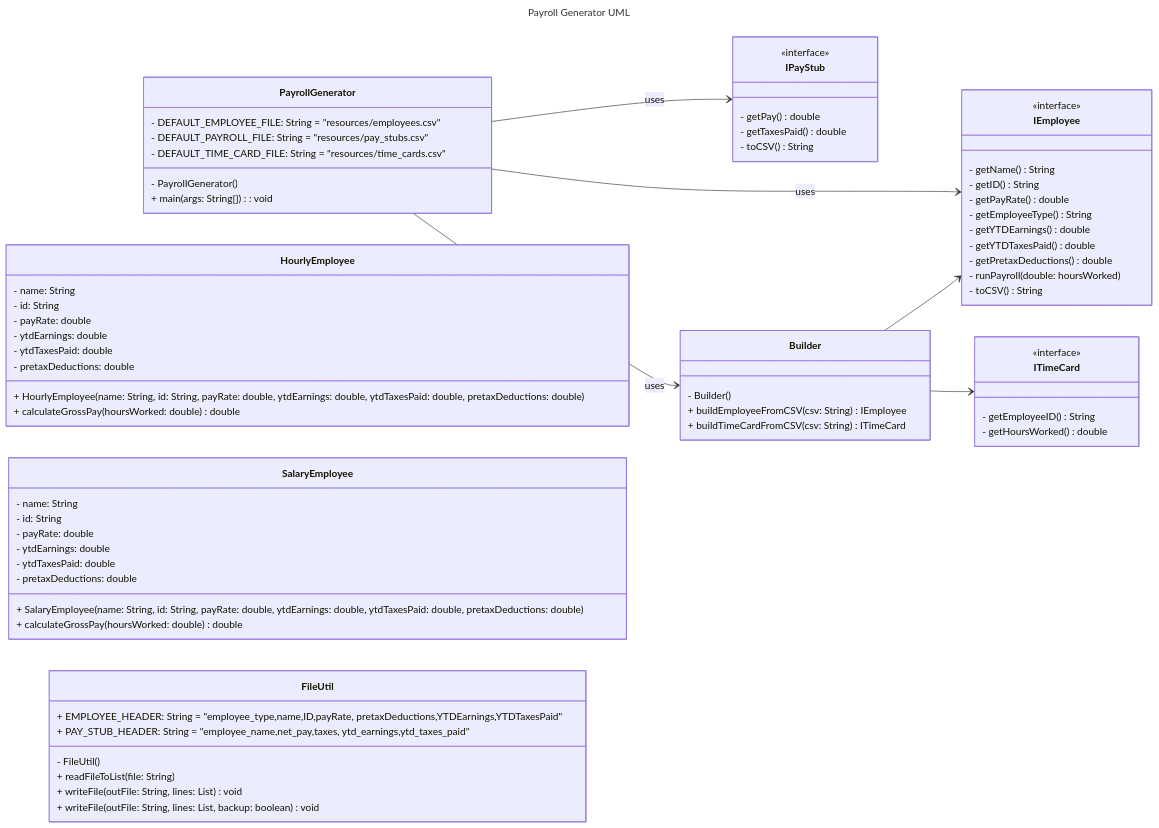
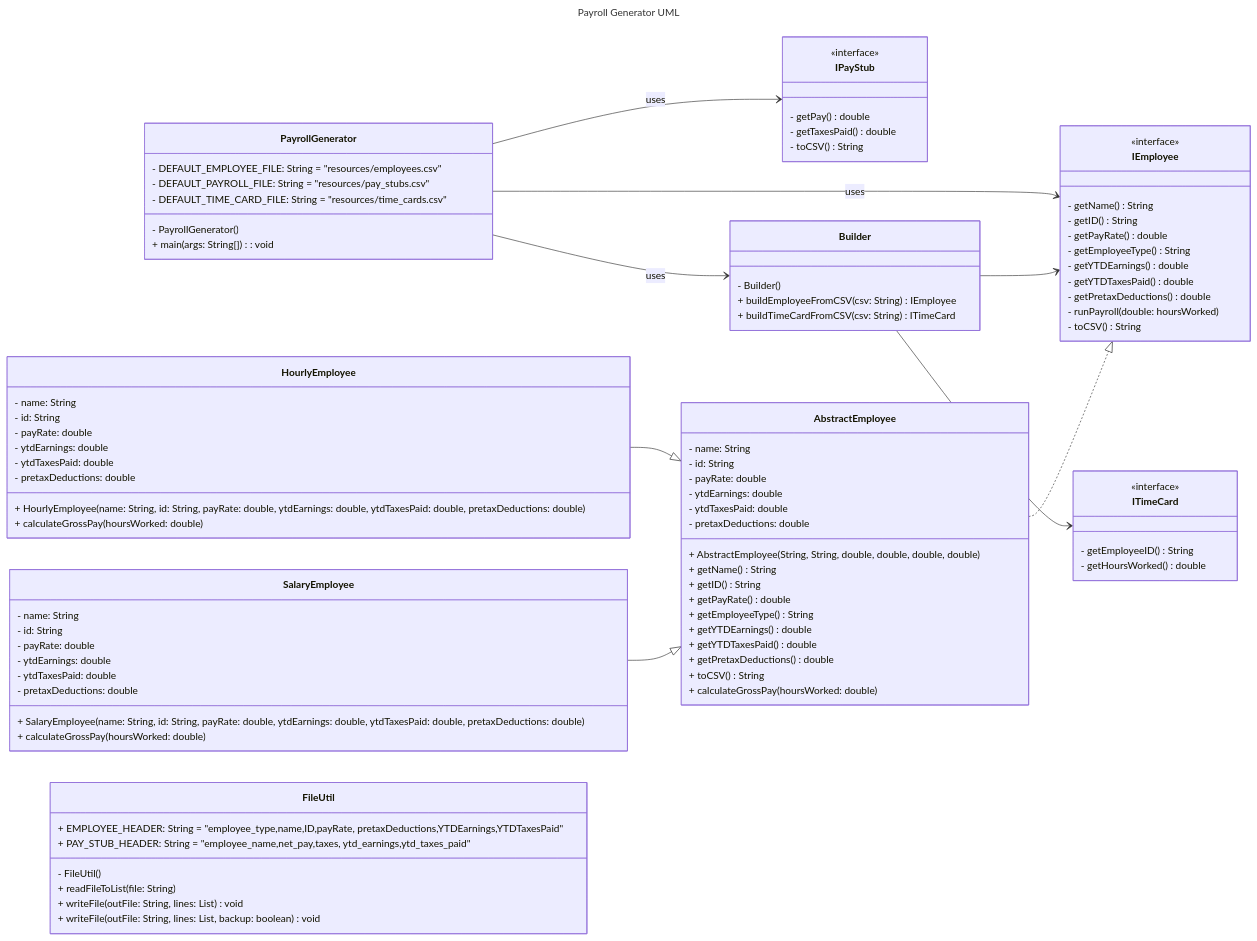
The diagram in DesignDocument.md (bourgeois-car-neu/CS5004--HW3-4), drawn with Mermaid before and after one commit.

Commit message:
DesignDocument.md: Class Diagram (initial design) #4: added class AbstractEmployee

```diff
--- a/DesignDocument.md
+++ b/DesignDocument.md
@@ -20,7 +20,9 @@
     PayrollGenerator --> Builder : uses
     Builder --> IEmployee
     Builder --> ITimeCard
-    
+    AbstractEmployee ..|> IEmployee
+    HourlyEmployee --|> AbstractEmployee
+    SalaryEmployee --|> AbstractEmployee
     
     class PayrollGenerator {
         - DEFAULT_EMPLOYEE_FILE: String = "resources/employees.csv"
@@ -37,6 +39,25 @@
         - toCSV() String
     }
 
+    class AbstractEmployee {
+        - name: String
+        - id: String
+        - payRate: double
+        - ytdEarnings: double
+        - ytdTaxesPaid: double
+        - pretaxDeductions: double
+        + AbstractEmployee(String, String, double, double, double, double)
+        + getName() String
+        + getID() String
+        + getPayRate() double
+        + getEmployeeType() String
+        + getYTDEarnings() double
+        + getYTDTaxesPaid() double
+        + getPretaxDeductions() double
+        + toCSV() String
+        + calculateGrossPay(hoursWorked: double)
+    }    
+
     class HourlyEmployee {
         - name: String
         - id: String
@@ -45,7 +66,7 @@
         - ytdTaxesPaid: double
         - pretaxDeductions: double
         + HourlyEmployee(name: String, id: String, payRate: double, ytdEarnings: double, ytdTaxesPaid: double, pretaxDeductions: double)
-        + calculateGrossPay(hoursWorked: double) double 
+        + calculateGrossPay(hoursWorked: double)
     }
 
     class SalaryEmployee {
@@ -56,7 +77,7 @@
         - ytdTaxesPaid: double
         - pretaxDeductions: double
         + SalaryEmployee(name: String, id: String, payRate: double, ytdEarnings: double, ytdTaxesPaid: double, pretaxDeductions: double)
-        + calculateGrossPay(hoursWorked: double) double 
+        + calculateGrossPay(hoursWorked: double) 
     }
     
     class IEmployee {
```
